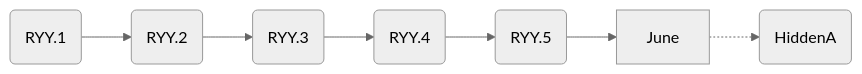
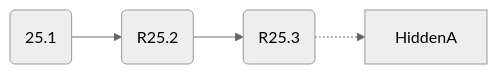
The first of 6 diagrams in dev/development-cycle.md (spectrum-health-systems/tingen-documentation), drawn with Mermaid (neutral theme) before and after one commit.

````diff
--- a/dev/development-cycle.md
+++ b/dev/development-cycle.md
@@ -20,13 +20,10 @@
 ```mermaid
 flowchart LR
     %% Components
-    January@{shape: rounded, label: "RYY.1"}
-    February@{shape: rounded, label: "RYY.2"}
-    March@{shape: rounded, label: "RYY.3"}
-    April@{shape: rounded, label: "RYY.4"}
-    May@{shape: rounded, label: "RYY.5"}
-    HiddenA@{shape: rounded}
+    R25.1@{shape: rounded, label: "25.1"}
+    R25.2@{shape: rounded, label: "R25.2"}
+    R25.3@{shape: rounded, label: "R25.3"}
     %% Layout
-    January --> February --> March --> April --> May --> June -.-> HiddenA:::Hidden
+    R25.1 --> R25.2 --> R25.3 -.-> HiddenA:::Hidden
     %% Styles
 ```
````
